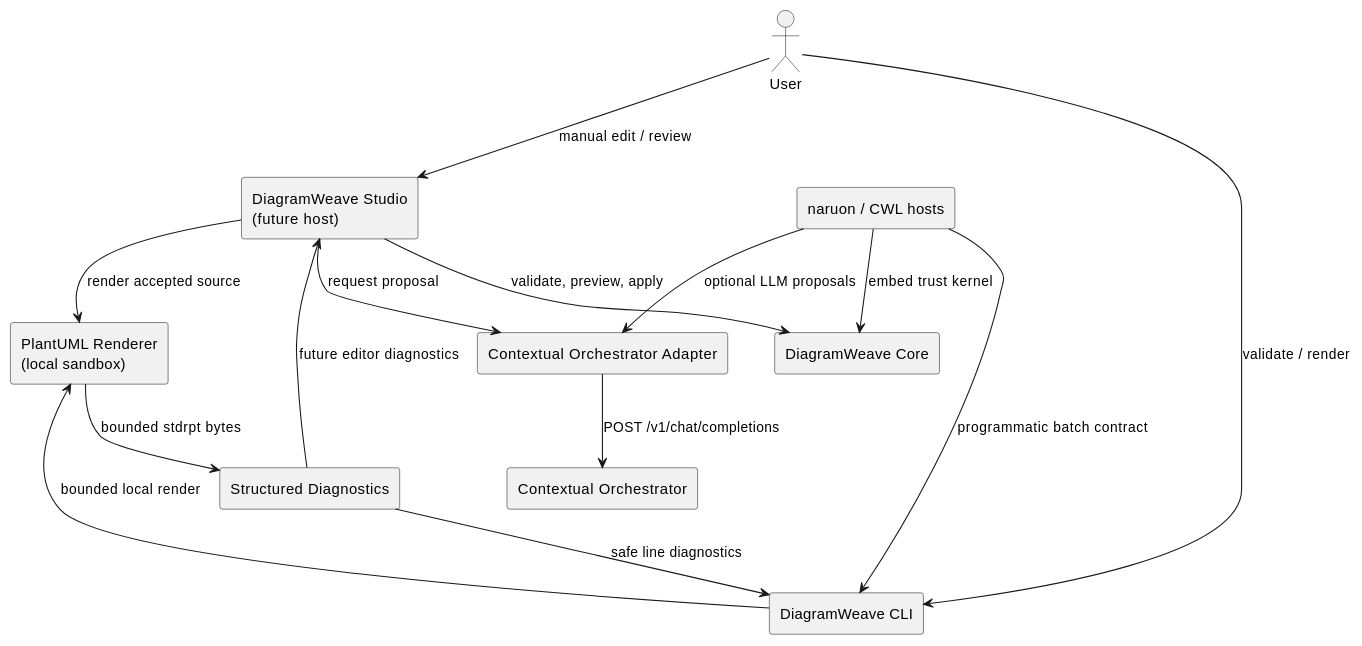
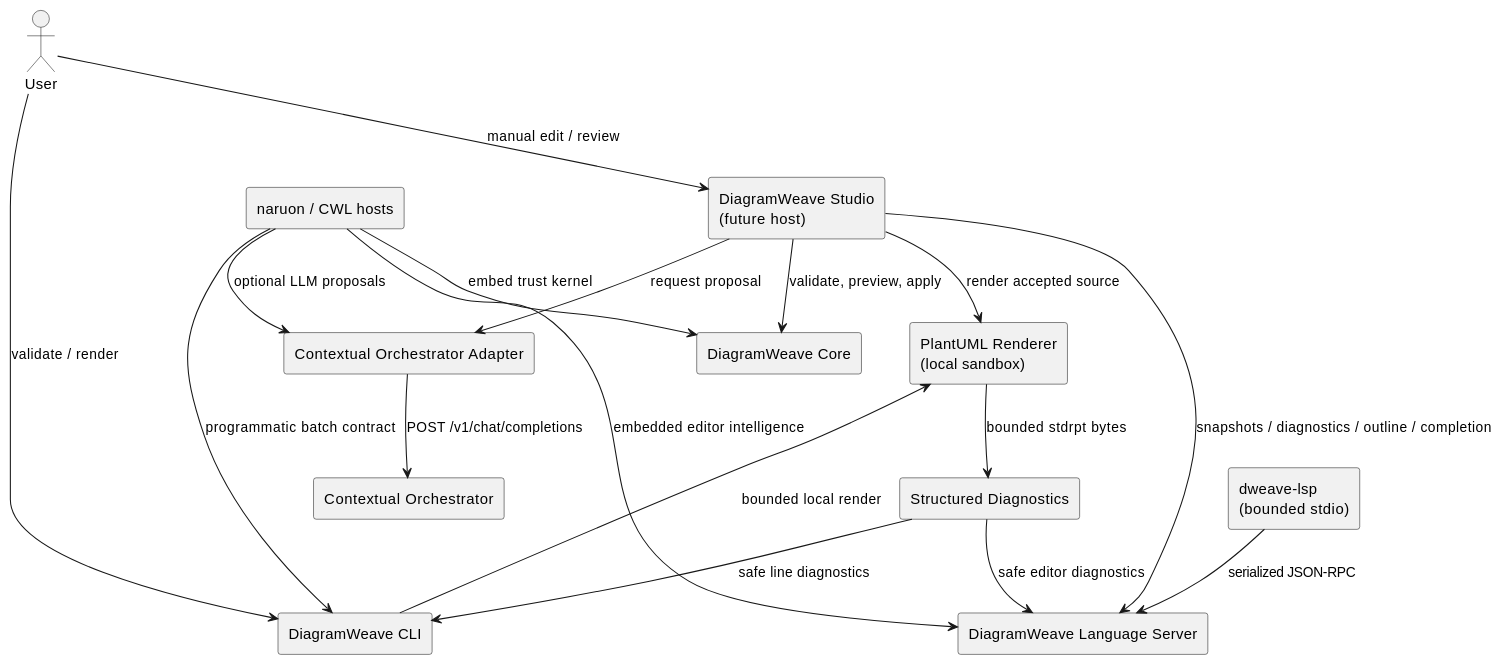
One commit to ContextualWisdomLab/DiagramWeave changed the diagram in docs/architecture.md. Above: the diagram before and after it, drawn with PlantUML. The commit also changed other lines of this file, not shown here.

Commit message:
docs(architecture): integrate completion layer

````diff
--- a/docs/architecture.md
+++ b/docs/architecture.md
@@ -20,28 +22,33 @@
 ```plantuml
 @startuml
 skinparam componentStyle rectangle
 actor User
 component "DiagramWeave Studio\n(future host)" as Studio
 component "DiagramWeave Core" as Core
 component "Contextual Orchestrator Adapter" as Adapter
 component "Contextual Orchestrator" as Orchestrator
 component "PlantUML Renderer\n(local sandbox)" as Renderer
 component "Structured Diagnostics" as Diagnostics
 component "DiagramWeave CLI" as CLI
+component "DiagramWeave Language Server" as LSP
+component "dweave-lsp\n(bounded stdio)" as Stdio
 component "naruon / CWL hosts" as Hosts
 
 User --> Studio : manual edit / review
 User --> CLI : validate / render
 Studio --> Core : validate, preview, apply
 Studio --> Adapter : request proposal
 Adapter --> Orchestrator : POST /v1/chat/completions
 Studio --> Renderer : render accepted source
+Studio --> LSP : snapshots / diagnostics / outline / completion
 CLI --> Renderer : bounded local render
 Renderer --> Diagnostics : bounded stdrpt bytes
 Diagnostics --> CLI : safe line diagnostics
-Diagnostics --> Studio : future editor diagnostics
+Diagnostics --> LSP : safe editor diagnostics
+Stdio --> LSP : serialized JSON-RPC
 Hosts --> Core : embed trust kernel
 Hosts --> Adapter : optional LLM proposals
 Hosts --> CLI : programmatic batch contract
+Hosts --> LSP : embedded editor intelligence
 @enduml
 ```
````
